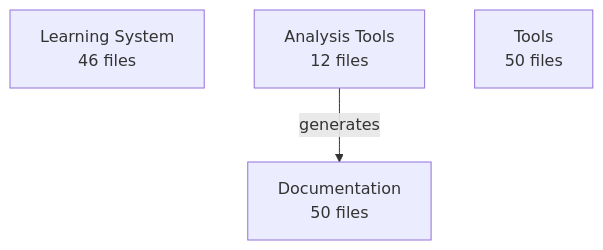
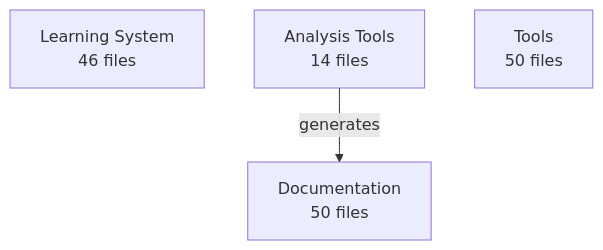
Before and after one commit to enufacas/Chained: the diagram in analysis/architecture/architecture.mmd, drawn with Mermaid. The commit also changed 6 other files, not shown here.

First line of the commit message:
🏗️ Update architecture evolution tracking

```diff
--- a/analysis/architecture/architecture.mmd
+++ b/analysis/architecture/architecture.mmd
@@ -1,6 +1,6 @@
 graph TD
     learning_system[Learning System<br/>46 files]
-    analysis_tools[Analysis Tools<br/>12 files]
+    analysis_tools[Analysis Tools<br/>14 files]
     documentation[Documentation<br/>50 files]
     tools[Tools<br/>50 files]
     analysis_tools -->|generates| documentation
```
